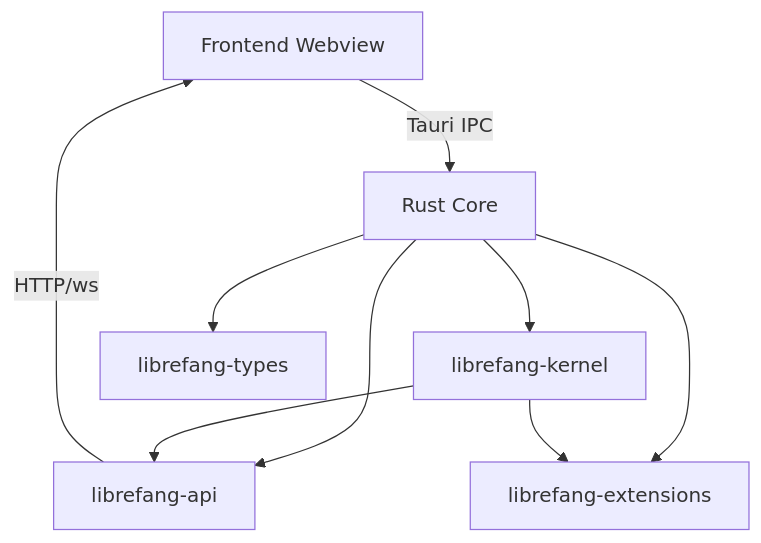
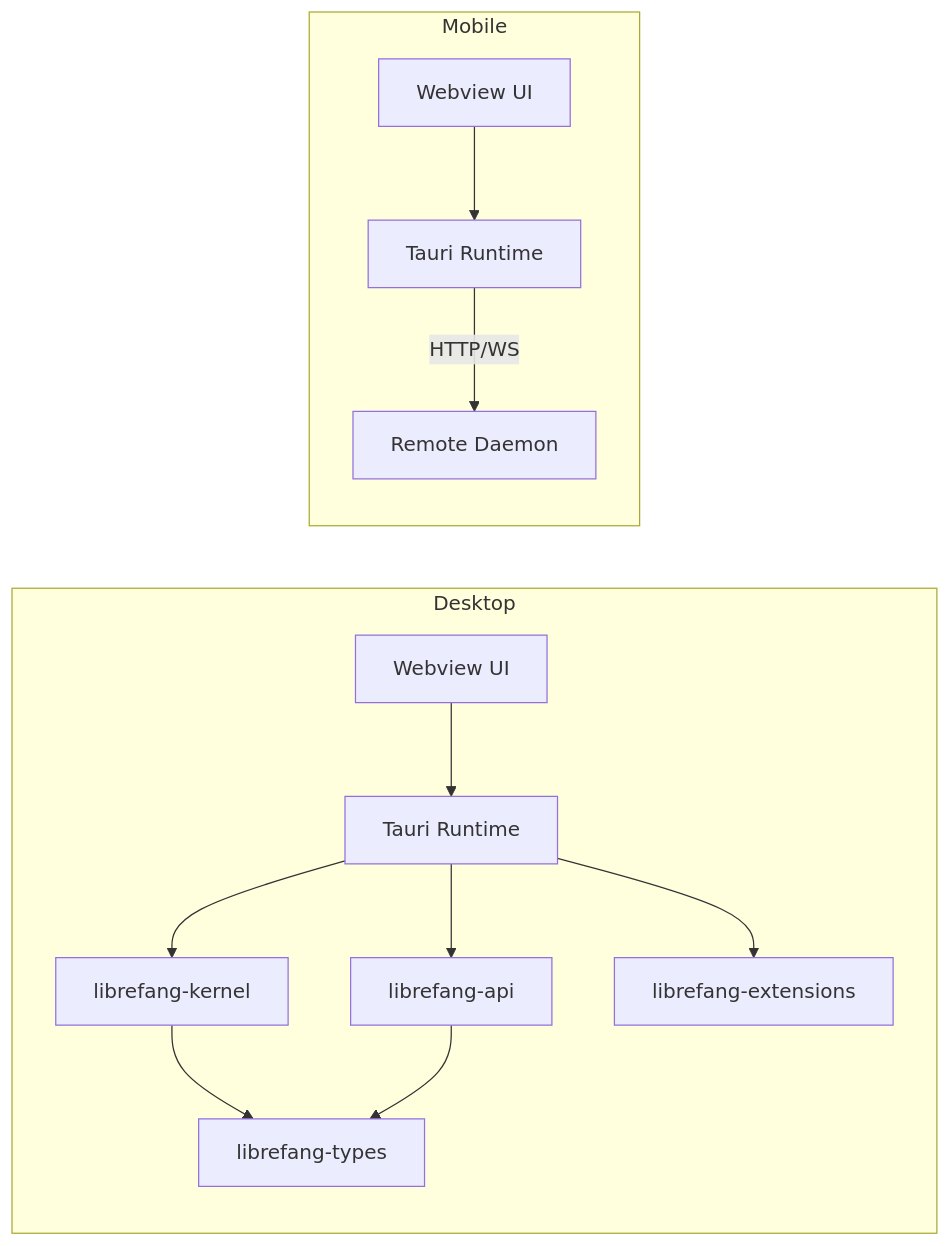
The diagram in other-librefang-desktop.md (leszek3737/librefang-WIki), drawn with Mermaid before and after one commit. The commit also changed other lines of this file and 94 other files, not shown here.

````diff
--- a/other-librefang-desktop.md
+++ b/other-librefang-desktop.md
@@ -9,11 +9,15 @@
 ```mermaid
-graph TD
-    UI[Frontend Webview] -->|Tauri IPC| RC[Rust Core]
-    RC --> KK[librefang-kernel]
-    RC --> KA[librefang-api]
-    RC --> KE[librefang-extensions]
-    RC --> KT[librefang-types]
-    KA -->|HTTP/ws| UI
-    KK --> KA
-    KK --> KE
+graph LR
+    subgraph Desktop
+        UI[Webview UI] --> TK[Tauri Runtime]
+        TK --> Kernel[librefang-kernel]
+        TK --> API[librefang-api]
+        TK --> Ext[librefang-extensions]
+        Kernel --> Types[librefang-types]
+        API --> Types
+    end
+    subgraph Mobile
+        MUI[Webview UI] --> MTK[Tauri Runtime]
+        MTK -->|HTTP/WS| Remote[Remote Daemon]
+    end
 ```
````
